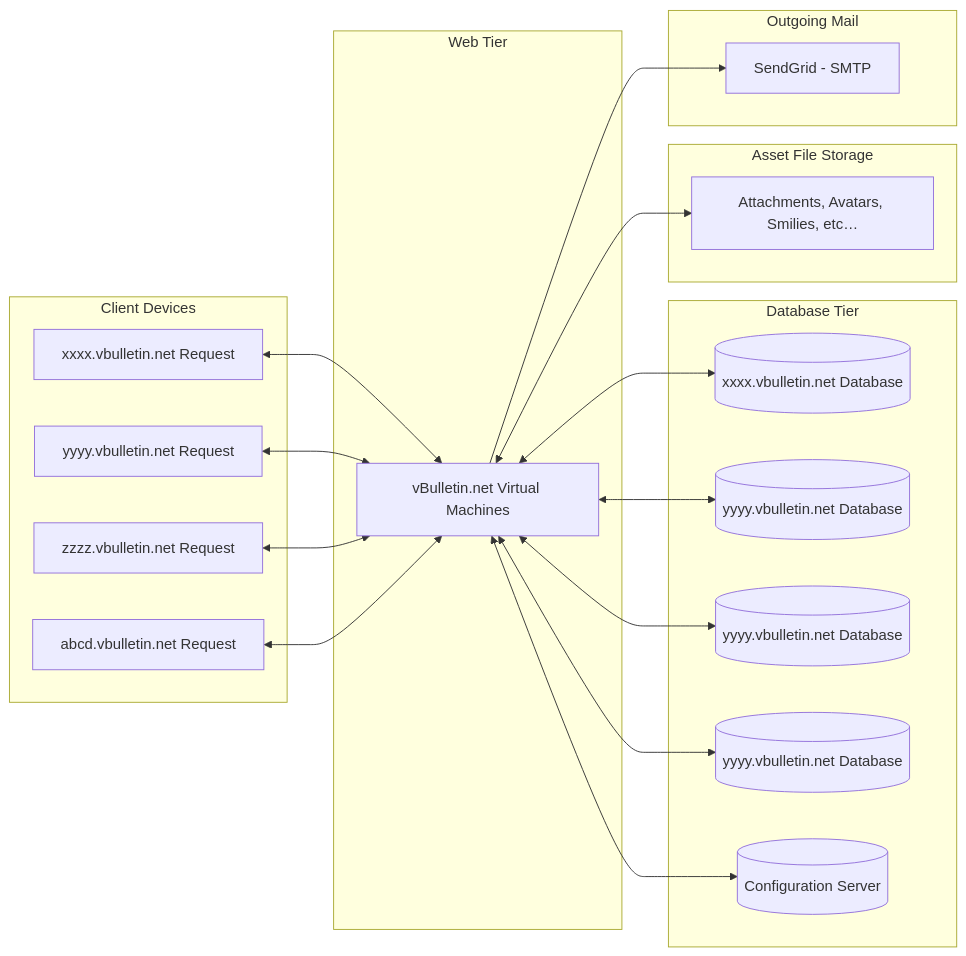
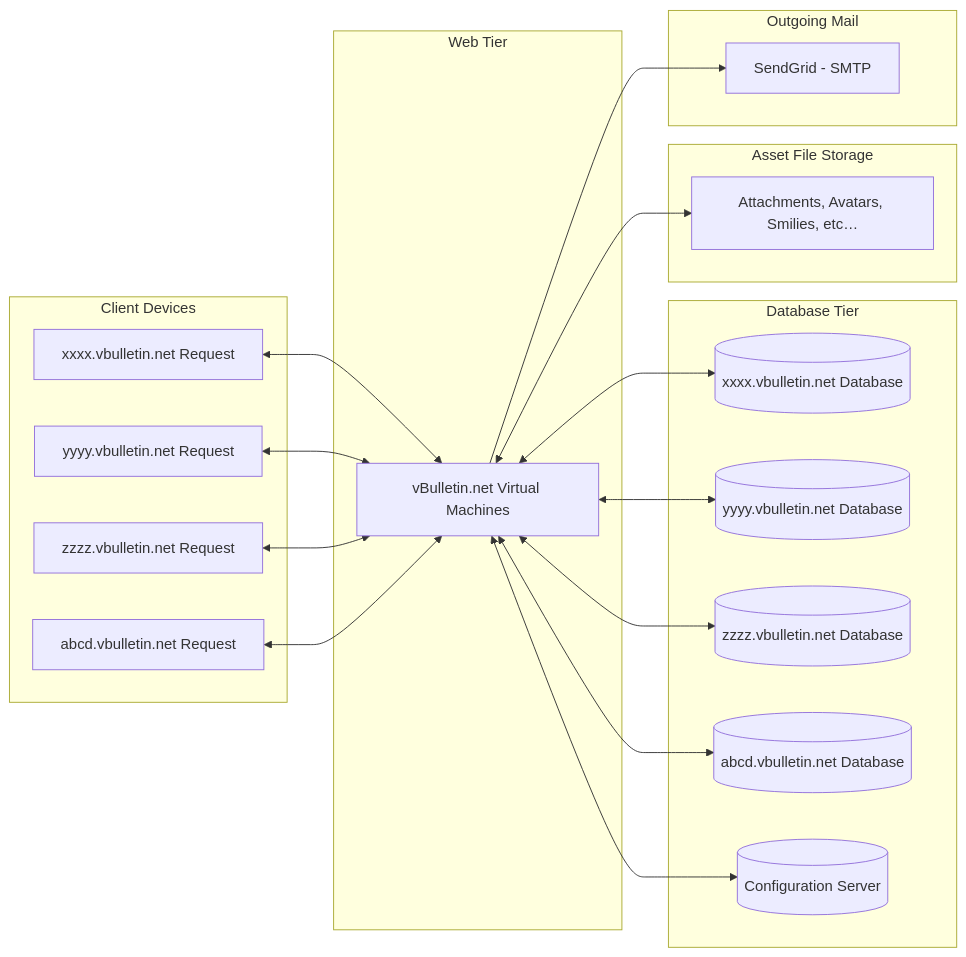
One commit to wayneluke/vBulletin_Support changed the first of 2 diagrams in Tech_Support/Cloud Support/vBulletin Cloud Infrastructure.md. Above: the diagram before and after it, drawn with Mermaid.

Commit message:
Update vBulletin Cloud Infrastructure.md

````diff
--- a/Tech_Support/Cloud Support/vBulletin Cloud Infrastructure.md
+++ b/Tech_Support/Cloud Support/vBulletin Cloud Infrastructure.md
@@ -15,36 +15,36 @@
 ```mermaid
 ---
 config:
   layout: dagre
 ---
 flowchart LR
  subgraph subGraph0["Client Devices"]
         A1["xxxx.vbulletin.net Request"]
         A2["yyyy.vbulletin.net Request"]
         A3["zzzz.vbulletin.net Request"]
         AN["abcd.vbulletin.net Request"]
   end
  subgraph subGraph1["Web Tier"]
         WA["vBulletin.net Virtual Machines"]
 
   end
  subgraph subGraph2["Database Tier"]
         DB1[("xxxx.vbulletin.net Database")]
         DB2[("yyyy.vbulletin.net Database")]
-        DB3[("yyyy.vbulletin.net Database")]
-        DBN[("yyyy.vbulletin.net Database")]                
+        DB3[("zzzz.vbulletin.net Database")]
+        DBN[("abcd.vbulletin.net Database")]                
         CN[(Configuration Server)]
   end
  subgraph s1["Asset File Storage"]
         FS["Attachments, Avatars, Smilies, etc…"]
   end
  subgraph s3["Outgoing Mail"]
         SG["SendGrid - SMTP"]
   end
     A1 <--> WA
     A2 <--> WA
     A3 <--> WA
     AN <--> WA        
     WA --> SG
     WA <--> CN & DB1 & DB2 & DB3 & DBN & FS
 ```
````
